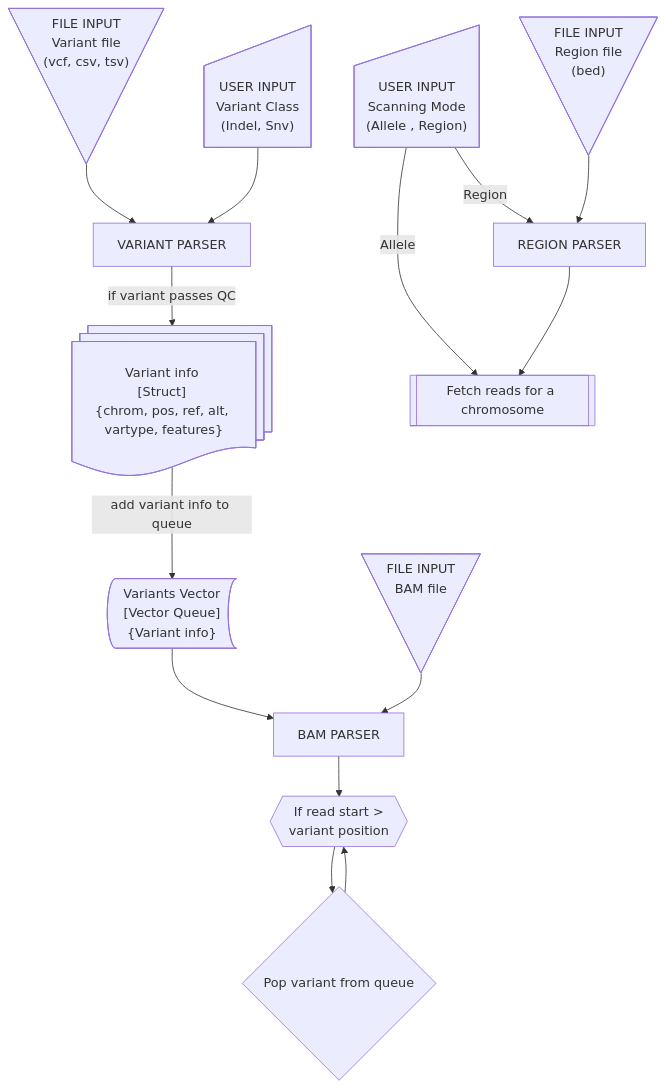
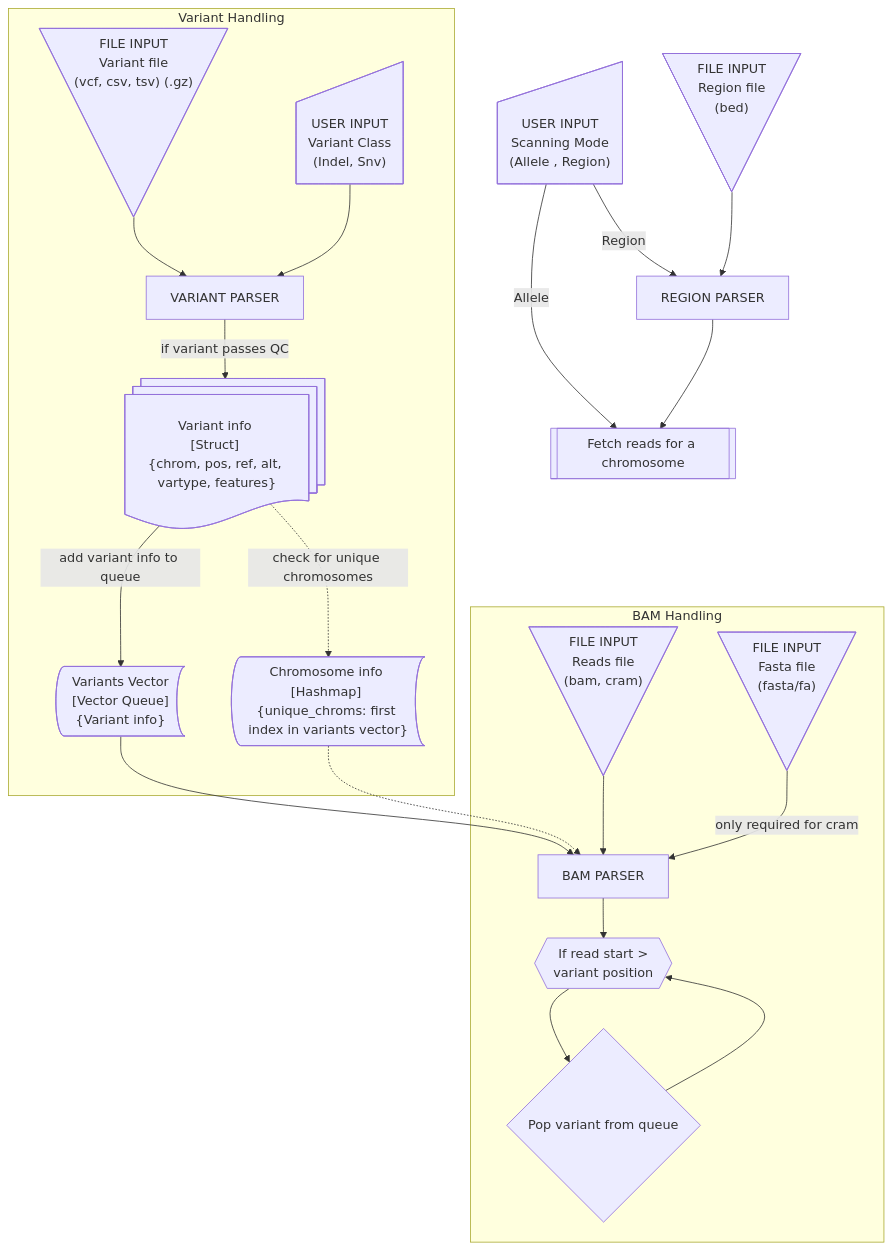
Before and after one commit to jchchiu/rust-varlap: the first of 2 diagrams in docs/flowchart.md, drawn with Mermaid. The commit also changed 3 other files, not shown here.

Commit message:
feat: added support for reads in cram file format

````diff
--- a/docs/flowchart.md
+++ b/docs/flowchart.md
@@ -1,25 +1,39 @@
 ```mermaid
 flowchart TD
+    subgraph Variant Handling
 
-    bam_file@{ shape: manual-file, label: "FILE INPUT \n BAM file"}
-    var_file@{ shape: manual-file, label: "FILE INPUT \n Variant file \n (vcf, csv, tsv)"}
-    bed_file@{ shape: manual-file, label: "FILE INPUT \n Region file \n (bed)"}
+    var_file@{ shape: manual-file, label: "FILE INPUT \n Variant file \n (vcf, csv, tsv) (.gz)"}
 
     var_file --> var_parse@{ shape: rect, label: "VARIANT PARSER" }
     var_class@{ shape: manual-input, label: "USER INPUT \n Variant Class \n (Indel, Snv)"} --> var_parse
-    var_parse -- if variant passes QC--> variants@{ shape: docs, label: "Variant info \n [Struct] \n {chrom, pos, ref, alt, vartype, features}" }
+    var_parse -->|if variant passes QC| variants@{ shape: docs, label: "Variant info \n [Struct] \n {chrom, pos, ref, alt, vartype, features}" }
+    variants -.->|check for unique chromosomes| chrom_unique@{ shape: bow-rect, label: "Chromosome info \n [Hashmap] \n {unique_chroms: first index in variants vector}" }
     variants -- add variant info to queue--> var_queue@{ shape: bow-rect, label: "Variants Vector \n [Vector Queue] \n {Variant info}" }
-    
+
+    end
+
+    subgraph BAM Handling
+
     var_queue --> bam_parse@{ shape: rect, label: "BAM PARSER"}
+    chrom_unique -.-> bam_parse
     var_class@{ shape: manual-input, label: "USER INPUT \n Variant Class \n (Indel, Snv)"}
-    bam_file --> bam_parse
+
+    reads_file@{ shape: manual-file, label: "FILE INPUT \n Reads file \n (bam, cram)"}
+    fasta_file@{ shape: manual-file, label: "FILE INPUT \n Fasta file \n (fasta/fa)"}
+
+    reads_file --> bam_parse
+    fasta_file -->|only required for cram| bam_parse
+    bam_parse --> variant_conditional@{ shape: hex, label: "If read start > \n variant position" }
+    variant_conditional --> remove_variant@{ shape: diamond, label: "Pop variant from queue" }
+    remove_variant --> variant_conditional
+
+    end
+
+
     scanning_mode@{ shape: manual-input, label: "USER INPUT \n Scanning Mode \n (Allele , Region)"} -- Region --> region_parse@{ shape: rect, label: "REGION PARSER" }
+    bed_file@{ shape: manual-file, label: "FILE INPUT \n Region file \n (bed)"}
     bed_file --> region_parse
     scanning_mode -- Allele --> fetch_reads@{ shape: subproc, label: "Fetch reads for a chromosome"}
     region_parse --> fetch_reads
 
-    bam_parse --> variant_conditional@{ shape: hex, label: "If read start > \n variant position" }
-    variant_conditional --> remove_variant@{ shape: diamond, label: "Pop variant from queue" }
-    remove_variant --> variant_conditional
-
 ```
````
